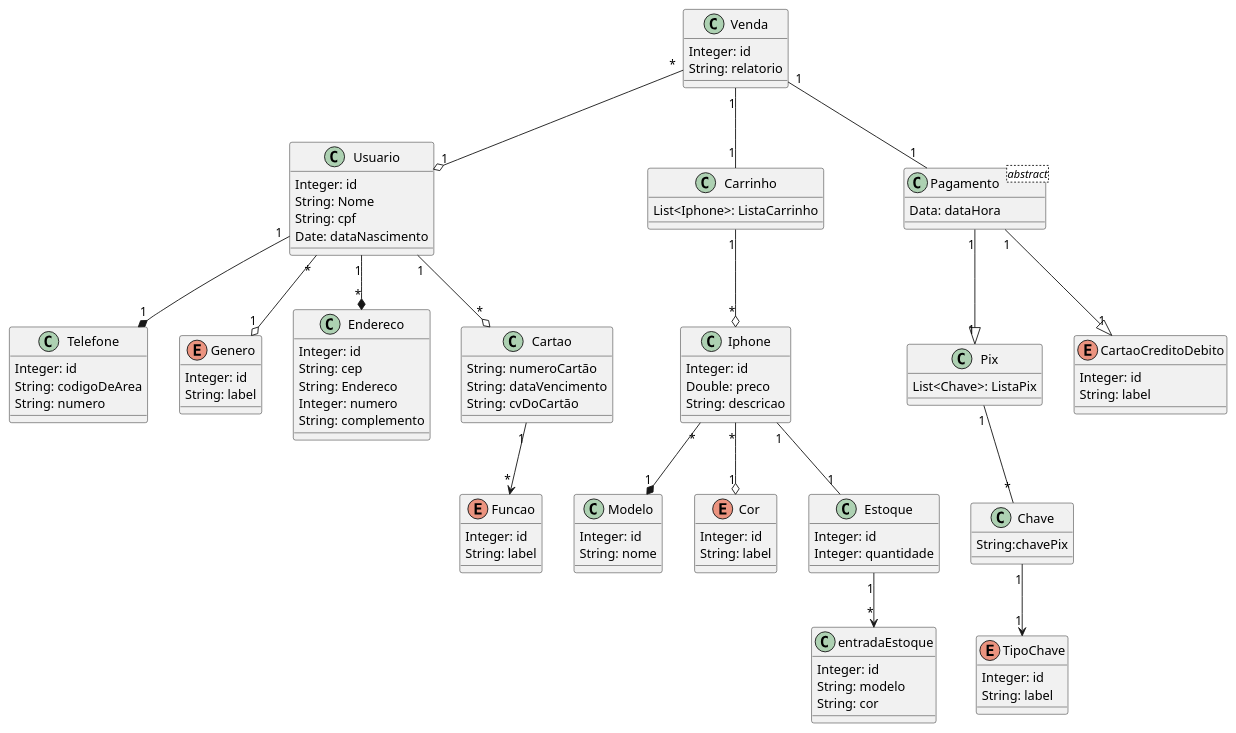
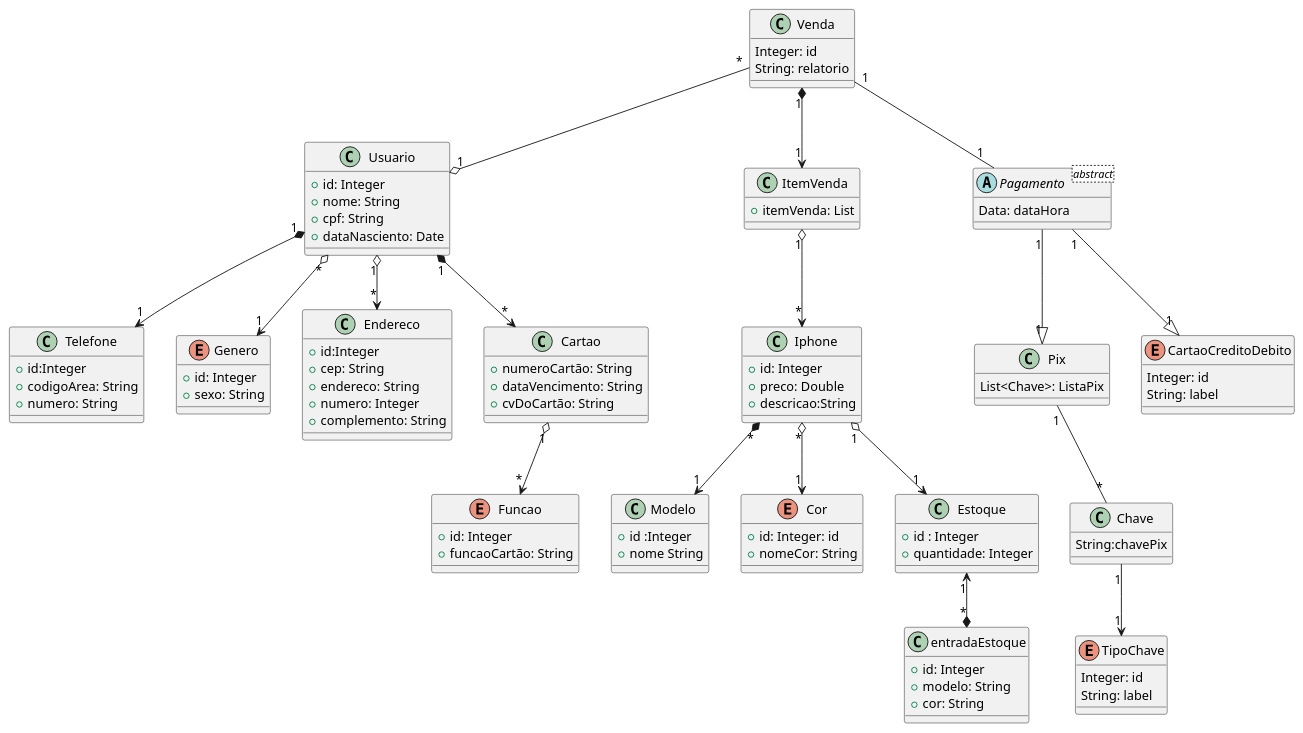
The diagram in index.puml (rafael-a-s/modelo-uml-rriphones), drawn with PlantUML before and after one commit.

Commit message:
Atualização do de sintaxe, ou seja,codigo reafatorado, ajustes nos sentidos das setas.

```diff
--- a/index.puml
+++ b/index.puml
@@ -1,114 +1,114 @@
 @startuml
 
 '=============== Produto ============'
 class Iphone{
-  Integer: id
-  Double: preco
-  String: descricao
+  + id: Integer
+  + preco: Double
+  + descricao:String
 }
 class Modelo{
-  Integer: id
-  String: nome
+  + id :Integer
+  + nome String
 }
 enum Cor{
-  Integer: id
-  String: label
+  + id: Integer: id
+  + nomeCor: String
 }
 class Estoque{
-  Integer: id
-  Integer: quantidade
+  + id : Integer
+  + quantidade: Integer
 
 }
 class entradaEstoque{
-  Integer: id
-  String: modelo
-  String: cor
+  + id: Integer
+  + modelo: String
+  + cor: String
 
 }
-Iphone "*"--o "1" Cor
-Iphone "*"--*"1" Modelo
-Iphone "1"--"1" Estoque
-Estoque "1"-->"*" entradaEstoque
+Iphone "*" o--> "1" Cor
+Iphone "*" *-->"1" Modelo
+Iphone "1" o-->"1" Estoque
+Estoque "1"<--*"*" entradaEstoque
 '=============== Usuario ============'
 class Usuario{
-  Integer: id
-  String: Nome
-  String: cpf
-  Date: dataNascimento
+  + id: Integer
+  + nome: String
+  + cpf: String
+  + dataNasciento: Date
 
 }
 class Telefone{
-  Integer: id
-  String: codigoDeArea
-  String: numero
+  + id:Integer
+  + codigoArea: String
+  + numero: String
 }
 enum Genero{
-  Integer: id
-  String: label
+  +id: Integer
+  + sexo: String
 }
 class Endereco{
-  Integer: id
-  String: cep 
-  String: Endereco
-  Integer: numero
-  String: complemento
+  + id:Integer
+  + cep: String
+  + endereco: String
+  + numero: Integer
+  + complemento: String
 }
 'Guardar hash do cv do cartao'
 'Hash da data de vencimento'
 class Cartao{
-  String: numeroCartão
-  String: dataVencimento
-  String: cvDoCartão 
+  + numeroCartão: String
+  + dataVencimento: String
+  + cvDoCartão: String
 }
 
 Enum Funcao{
-  Integer: id
-  String: label
+ + id: Integer
+ + funcaoCartão: String
 }
 
-Usuario "*"--o "1" Genero
-Usuario "1"--*"1" Telefone
-Usuario "1"--*"*" Endereco
-Usuario "1"--o "*" Cartao
-Cartao "1"-->"*" Funcao
+Usuario "*" o-->"1" Genero
+Usuario "1"*-->"1" Telefone
+Usuario "1" o-->"*" Endereco
+Usuario "1" *-->"*" Cartao
+Cartao "1" o-->"*" Funcao
 '=============== Compra ============'
-class Carrinho{
-  List<Iphone>: ListaCarrinho
+class ItemVenda{
+  + itemVenda: List
 }
 class Venda{
   Integer: id
   String: relatorio
 }
-class  Pagamento<abstract>{
+abstract class  Pagamento<abstract>{
   Data: dataHora
 }
 class Pix {
   List<Chave>: ListaPix
 }
 class Chave{
   String:chavePix
 }
 Enum TipoChave{
   Integer: id
   String: label
 }
 
 Enum CartaoCreditoDebito{
   Integer: id
   String: label
 }
 
 
-Carrinho "1"--o "*" Iphone
-Venda "1"--"1" Carrinho
+ItemVenda "1" o--> "*" Iphone
+Venda "1"*-->"1" ItemVenda
 Venda "*"--o "1" Usuario
 Venda "1"--"1" Pagamento
 Pagamento "1"--|>"1" Pix
 Pagamento "1"--|>"1" CartaoCreditoDebito
 Pix "1"--"*" Chave
 Chave "1"-->"1" TipoChave
 
 '=============== relacionamentos ============'
 'Buscar os dados de enderço via api dos correios'
 
 @enduml
```
